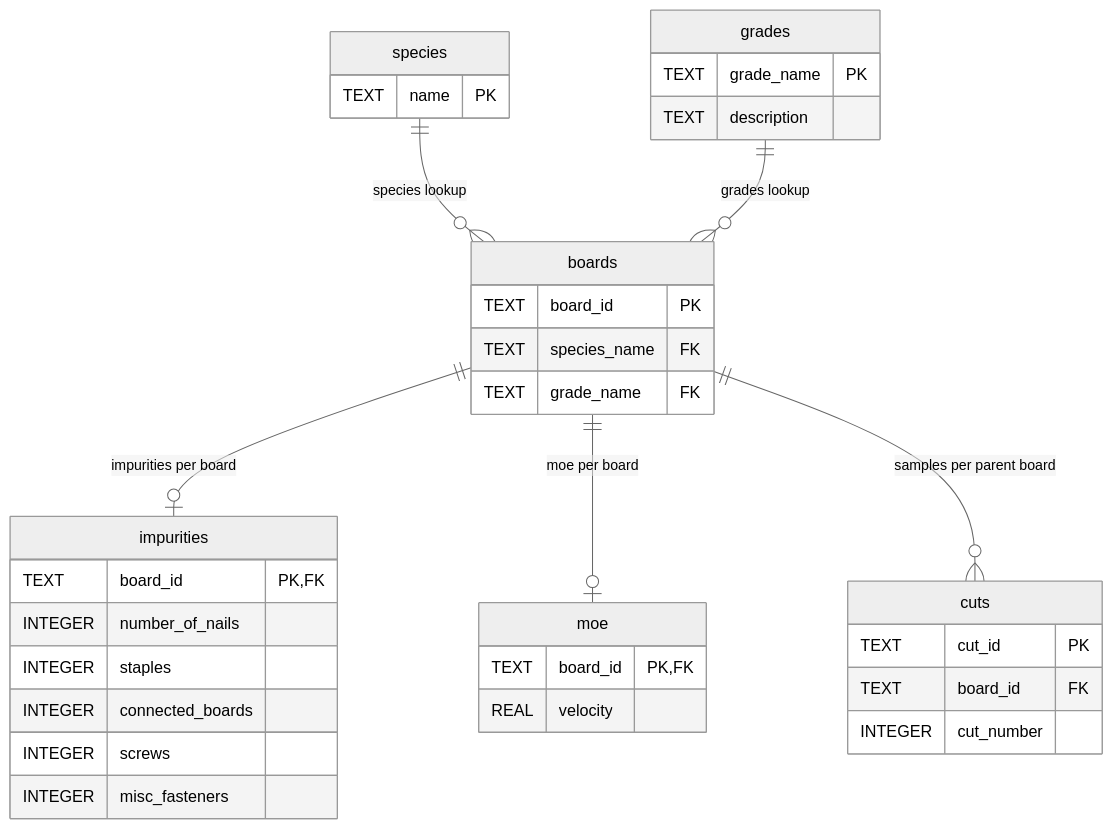
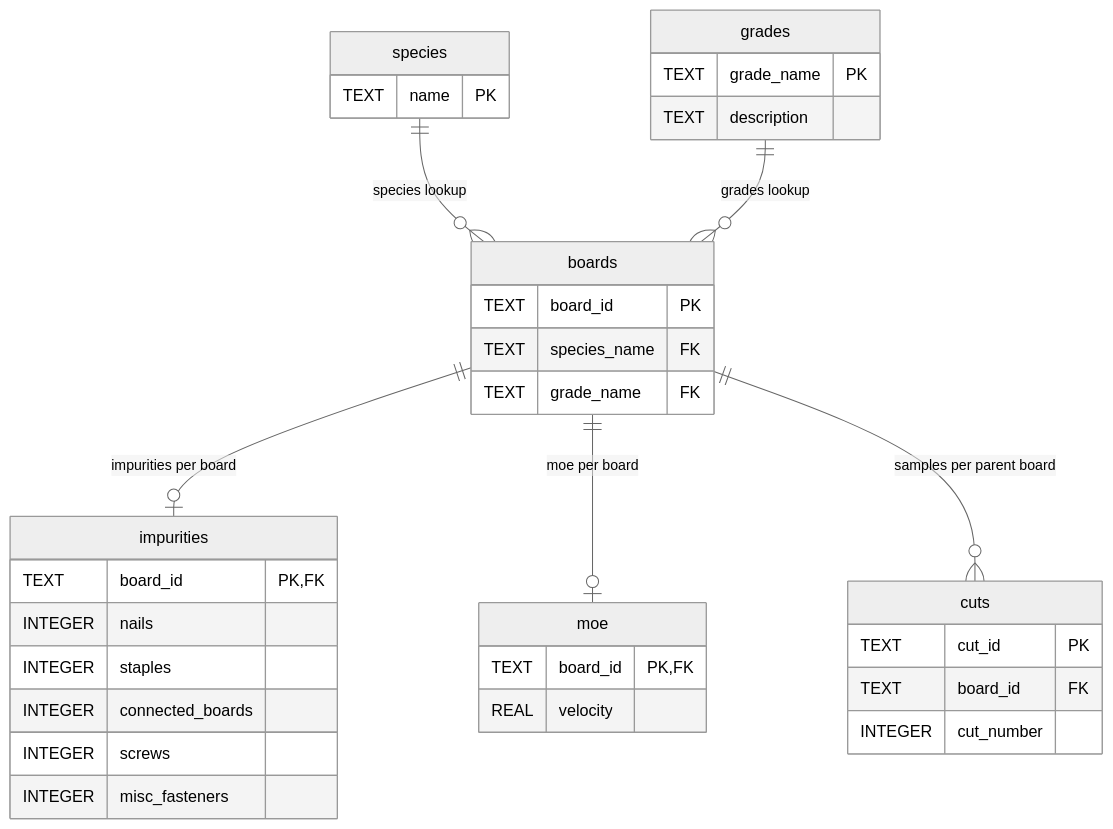
Before and after one commit to benjfriesen/RCLT: the diagram in README.md, drawn with Mermaid.

````diff
--- a/README.md
+++ b/README.md
@@ -18,39 +18,39 @@
 ```mermaid
 %%{init: {'theme': 'neutral'}}%%
 erDiagram
     boards {
         TEXT board_id PK
         TEXT species_name FK
         TEXT grade_name FK
     }
     species {
         TEXT name PK
     }
     grades {
         TEXT grade_name PK
         TEXT description
     }
     impurities {
         TEXT board_id PK, FK
-        INTEGER number_of_nails
+        INTEGER nails
         INTEGER staples
         INTEGER connected_boards
         INTEGER screws
         INTEGER misc_fasteners
     }
     moe {
         TEXT board_id PK, FK
         REAL velocity
     }
     cuts {
         TEXT cut_id PK
         TEXT board_id FK
         INTEGER cut_number
     }
     %% Relationships
     species ||--o{ boards : "species lookup"
     grades ||--o{ boards : "grades lookup"
     boards ||--o| impurities : "impurities per board"
     boards ||--o| moe : "moe per board"
     boards ||--o{ cuts : "samples per parent board"
 ```
````
